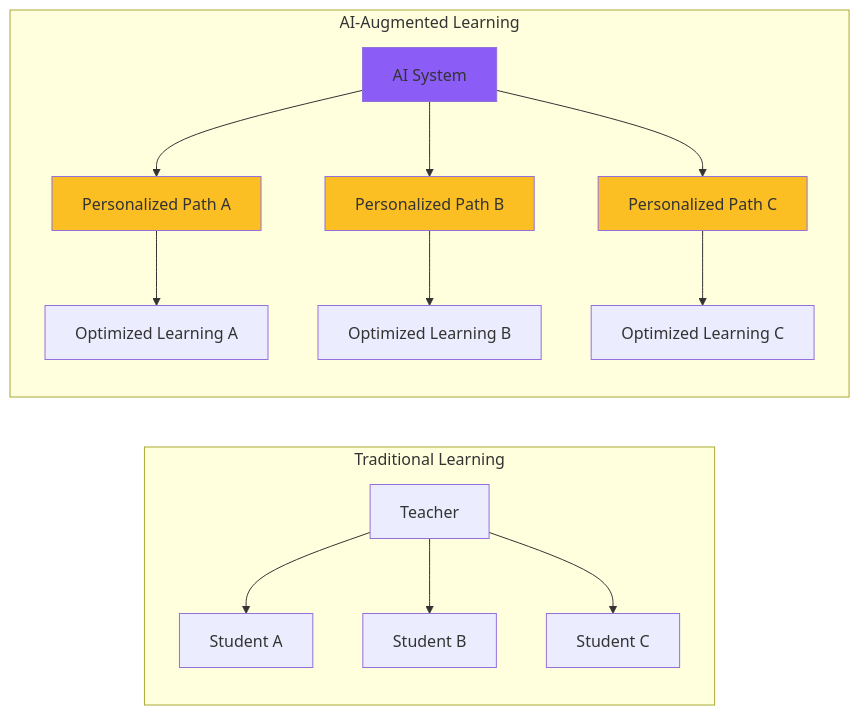
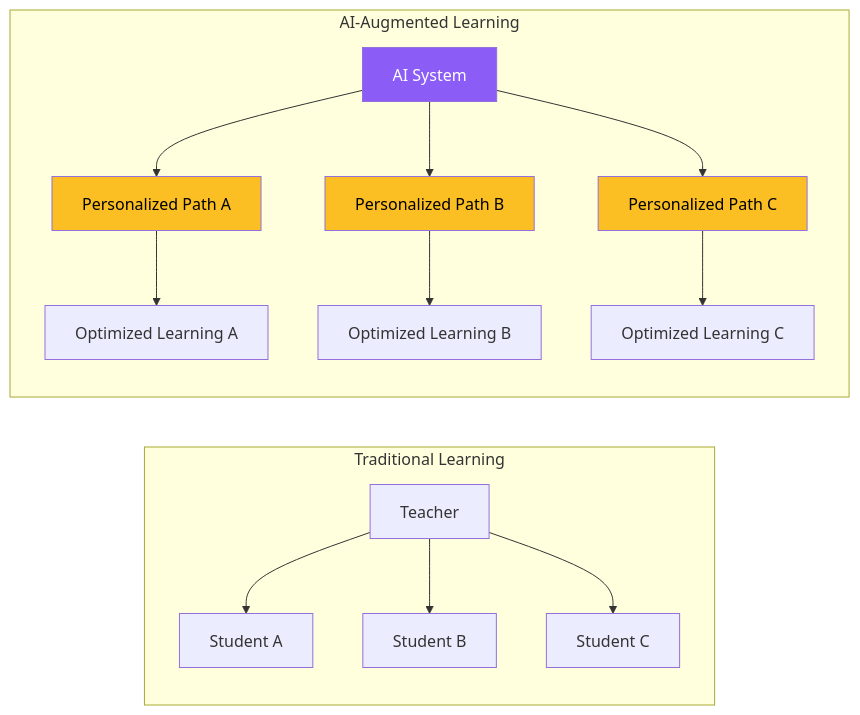
Before and after one commit to williamzujkowski/williamzujkowski.github.io: the second of 3 diagrams in src/posts/2025-08-09-ai-cognitive-infrastructure.md, drawn with Mermaid. The commit also changed other lines of this file and 40 other files, not shown here.

First line of the commit message:
fix(blog): add explicit text color to all mermaid classDef/style (#171)

````diff
--- a/src/posts/2025-08-09-ai-cognitive-infrastructure.md
+++ b/src/posts/2025-08-09-ai-cognitive-infrastructure.md
@@ -88,22 +88,22 @@
 ```mermaid
 flowchart LR
     subgraph traditionallearning["Traditional Learning"]
         Teacher[Teacher] --> Student1[Student A]
         Teacher --> Student2[Student B]
         Teacher --> Student3[Student C]
     end
     subgraph aiaugmentedlearning["AI-Augmented Learning"]
         AI[AI System] --> Path1[Personalized Path A]
         AI --> Path2[Personalized Path B]
         AI --> Path3[Personalized Path C]
 
         Path1 --> Outcome1[Optimized Learning A]
         Path2 --> Outcome2[Optimized Learning B]
         Path3 --> Outcome3[Optimized Learning C]
     end
 
-    classDef purpleStyle fill:#8b5cf6
-    classDef yellowStyle fill:#fbbf24
+    classDef purpleStyle fill:#8b5cf6,color:#fff
+    classDef yellowStyle fill:#fbbf24,color:#000
     class AI purpleStyle
     class Path1,Path2,Path3 yellowStyle
 ```
````
